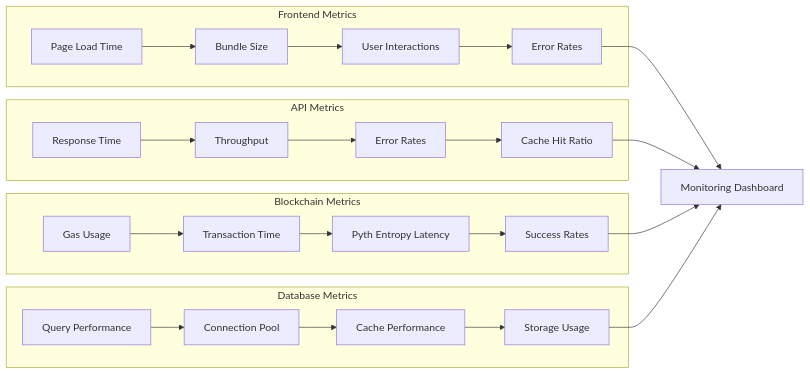
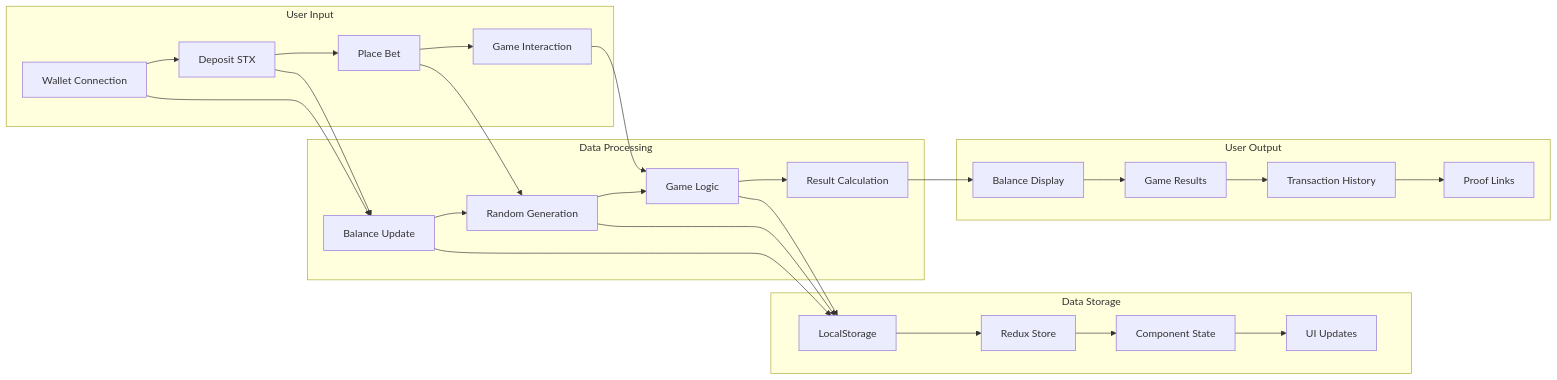
Before and after one commit to AmaanSayyad/APT-Casino-Stacks: the tenth of 12 diagrams in MERMAID_DIAGRAMS.md, drawn with Mermaid. The commit also changed other lines of this file and 5 other files, not shown here.

````diff
--- a/MERMAID_DIAGRAMS.md
+++ b/MERMAID_DIAGRAMS.md
@@ -374,31 +275,35 @@
 ```mermaid
 graph LR
-    subgraph Frontend["Frontend Metrics"]
-        A[Page Load Time] --> B[Bundle Size]
-        B --> C[User Interactions]
-        C --> D[Error Rates]
+    subgraph Input["User Input"]
+        A[Wallet Connection] --> B[Deposit STX]
+        B --> C[Place Bet]
+        C --> D[Game Interaction]
     end
     
-    subgraph API["API Metrics"]
-        E[Response Time] --> F[Throughput]
-        F --> G[Error Rates]
-        G --> H[Cache Hit Ratio]
+    subgraph Processing["Data Processing"]
+        E[Balance Update] --> F[Random Generation]
+        F --> G[Game Logic]
+        G --> H[Result Calculation]
     end
     
-    subgraph Blockchain["Blockchain Metrics"]
-        I[Gas Usage] --> J[Transaction Time]
-        J --> K[Pyth Entropy Latency]
-        K --> L[Success Rates]
+    subgraph Storage["Data Storage"]
+        I[LocalStorage] --> J[Redux Store]
+        J --> K[Component State]
+        K --> L[UI Updates]
     end
     
-    subgraph Database["Database Metrics"]
-        M[Query Performance] --> N[Connection Pool]
-        N --> O[Cache Performance]
-        O --> P[Storage Usage]
+    subgraph Output["User Output"]
+        M[Balance Display] --> N[Game Results]
+        N --> O[Transaction History]
+        O --> P[Proof Links]
     end
     
-    D --> Q[Monitoring Dashboard]
-    H --> Q
-    L --> Q
-    P --> Q
+    A --> E
+    B --> E
+    C --> F
+    D --> G
+    E --> I
+    F --> I
+    G --> I
+    H --> M
 ```
````
